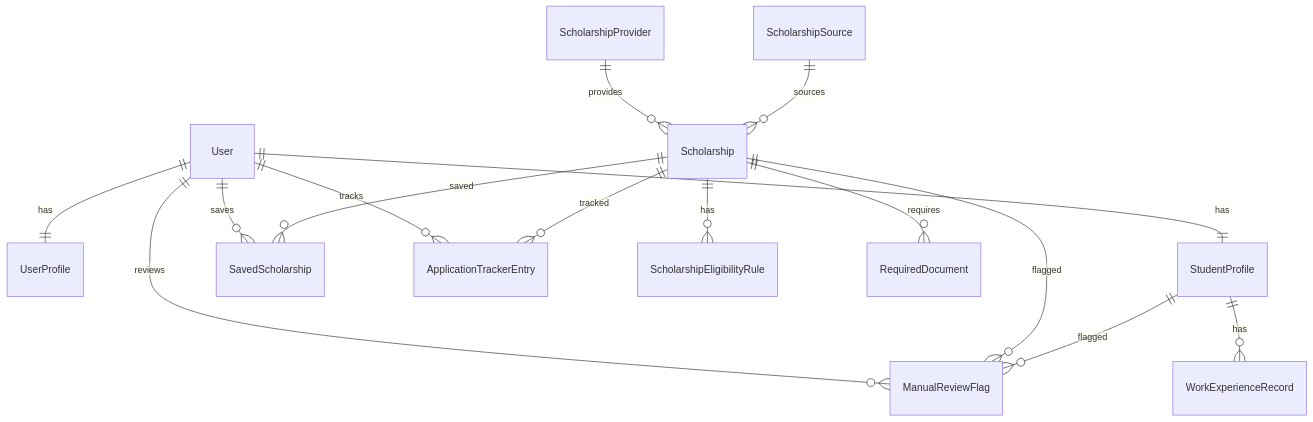
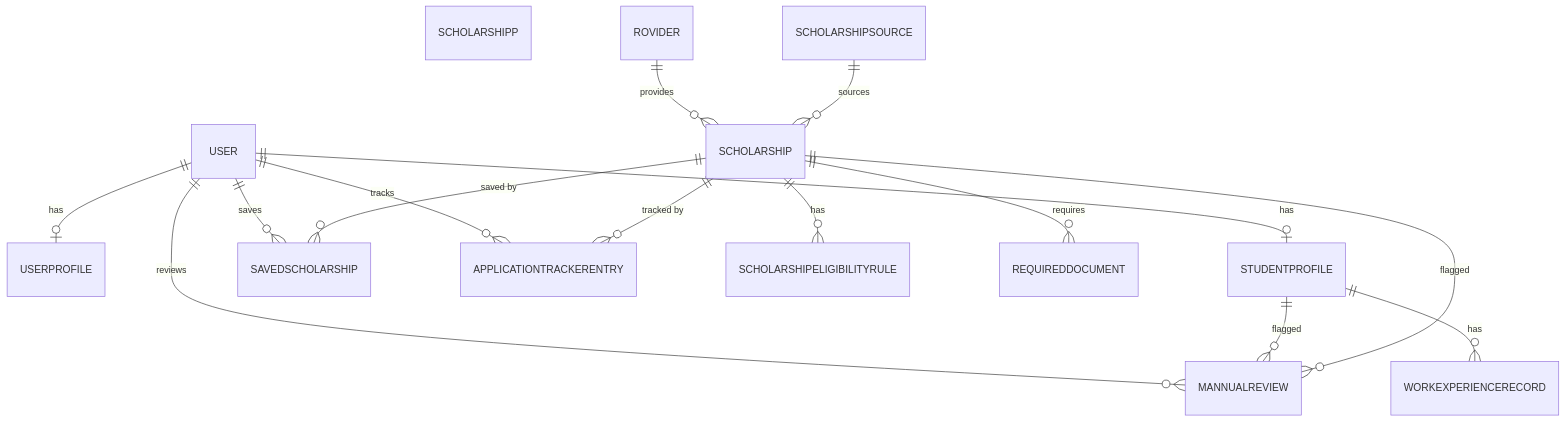
One commit to souravvoid/ScholarFind changed the diagram in docs/database/ER_DIAGRAM.md. Above: the diagram before and after it, drawn with Mermaid. The commit also changed other lines of this file and 15 other files, not shown here.

````diff
--- a/docs/database/ER_DIAGRAM.md
+++ b/docs/database/ER_DIAGRAM.md
@@ -3,19 +7,17 @@
 ```mermaid
 erDiagram
-    User ||--|| UserProfile : has
-    User ||--|| StudentProfile : has
-    User ||--o{ SavedScholarship : saves
-    User ||--o{ ApplicationTrackerEntry : tracks
-    User ||--o{ ManualReviewFlag : reviews
-
-    ScholarshipProvider ||--o{ Scholarship : provides
-    ScholarshipSource ||--o{ Scholarship : sources
-    Scholarship ||--o{ ScholarshipEligibilityRule : has
-    Scholarship ||--o{ RequiredDocument : requires
-    Scholarship ||--o{ SavedScholarship : saved
-    Scholarship ||--o{ ApplicationTrackerEntry : tracked
-    Scholarship ||--o{ ManualReviewFlag : flagged
-
-    StudentProfile ||--o{ ManualReviewFlag : flagged
-    StudentProfile ||--o{ WorkExperienceRecord : has
+  USER ||--o| USERPROFILE : "has"
+  USER ||--o| STUDENTPROFILE : "has"
+  USER ||--o{ SAVEDSCHOLARSHIP : "saves"
+  USER ||--o{ APPLICATIONTRACKERENTRY : "tracks"
+  USER ||--o{ MANNUALREVIEW : "reviews"
+  SCHOLARSHIPP ROVIDER ||--o{ SCHOLARSHIP : "provides"
+  SCHOLARSHIPSOURCE ||--o{ SCHOLARSHIP : "sources"
+  SCHOLARSHIP ||--o{ SCHOLARSHIPELIGIBILITYRULE : "has"
+  SCHOLARSHIP ||--o{ REQUIREDDOCUMENT : "requires"
+  SCHOLARSHIP ||--o{ SAVEDSCHOLARSHIP : "saved by"
+  SCHOLARSHIP ||--o{ APPLICATIONTRACKERENTRY : "tracked by"
+  STUDENTPROFILE ||--o{ MANNUALREVIEW : "flagged"
+  STUDENTPROFILE ||--o{ WORKEXPERIENCERECORD : "has"
+  SCHOLARSHIP ||--o{ MANNUALREVIEW : "flagged"
 ```
````
